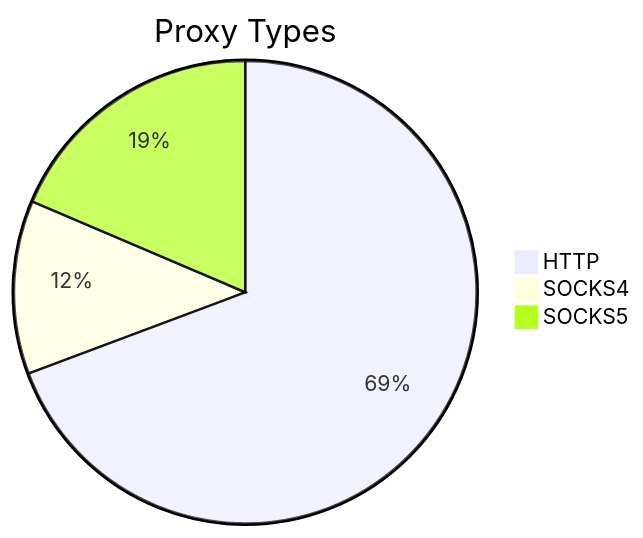
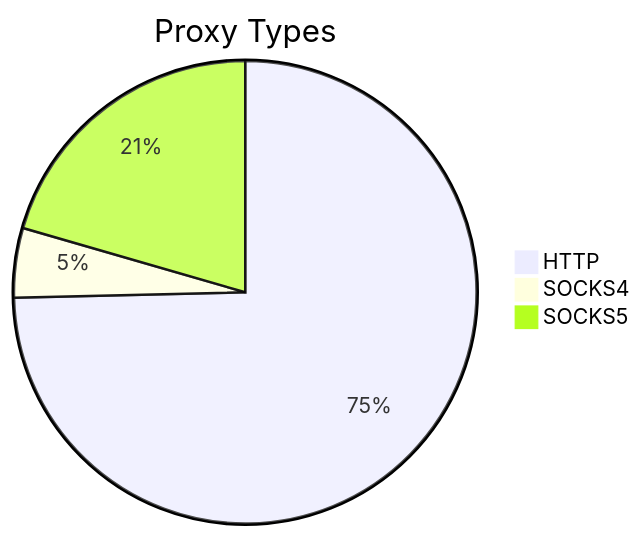
The first of 2 diagrams in README.md (stormsia/proxy-list), drawn with Mermaid before and after one commit. The commit also changed other lines of this file, not shown here.

````diff
--- a/README.md
+++ b/README.md
@@ -21,6 +21,6 @@
 ```mermaid
 pie title Proxy Types
-    "HTTP" : 246
-    "SOCKS4" : 43
-    "SOCKS5" : 66
+    "HTTP" : 200
+    "SOCKS4" : 13
+    "SOCKS5" : 55
 ```
````
